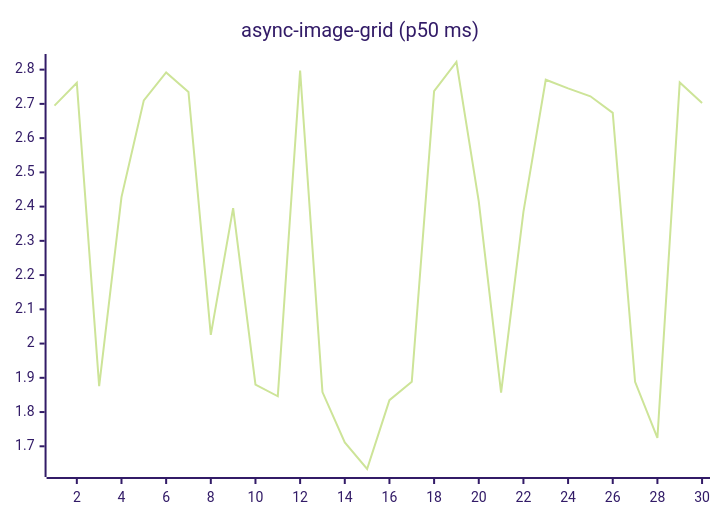
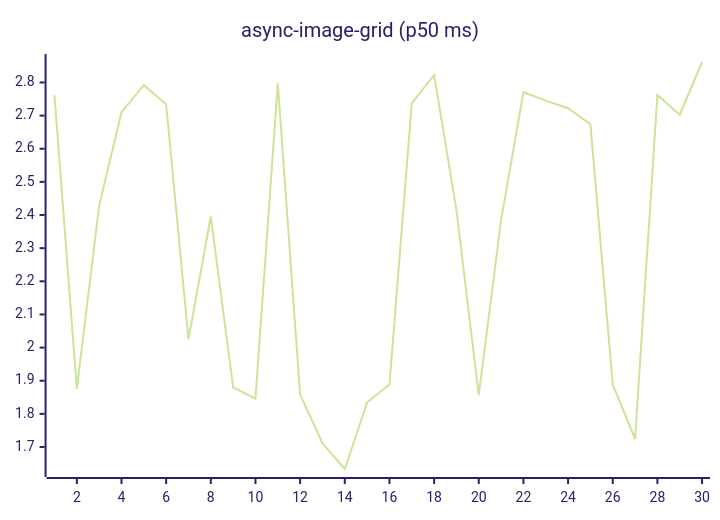
The fifth of 27 diagrams in README.md (josha/Facet), drawn with Mermaid (forest theme) before and after one commit. The commit also changed other lines of this file and 2 other files, not shown here.

````diff
--- a/README.md
+++ b/README.md
@@ -91,6 +91,6 @@
 ```mermaid
 xychart-beta
     title "async-image-grid (p50 ms)"
     x-axis 1 --> 30
-    line [2.6949, 2.7614, 1.8756, 2.4277, 2.7103, 2.7919, 2.7346, 2.0254, 2.3955, 1.8801, 1.8461, 2.7970, 1.8583, 1.7113, 1.6337, 1.8346, 1.8885, 2.7375, 2.8223, 2.4153, 1.8565, 2.3845, 2.7705, 2.7451, 2.7222, 2.6737, 1.8884, 1.7244, 2.7624, 2.7026]
+    line [2.7614, 1.8756, 2.4277, 2.7103, 2.7919, 2.7346, 2.0254, 2.3955, 1.8801, 1.8461, 2.7970, 1.8583, 1.7113, 1.6337, 1.8346, 1.8885, 2.7375, 2.8223, 2.4153, 1.8565, 2.3845, 2.7705, 2.7451, 2.7222, 2.6737, 1.8884, 1.7244, 2.7624, 2.7026, 2.8617]
 ```
````
